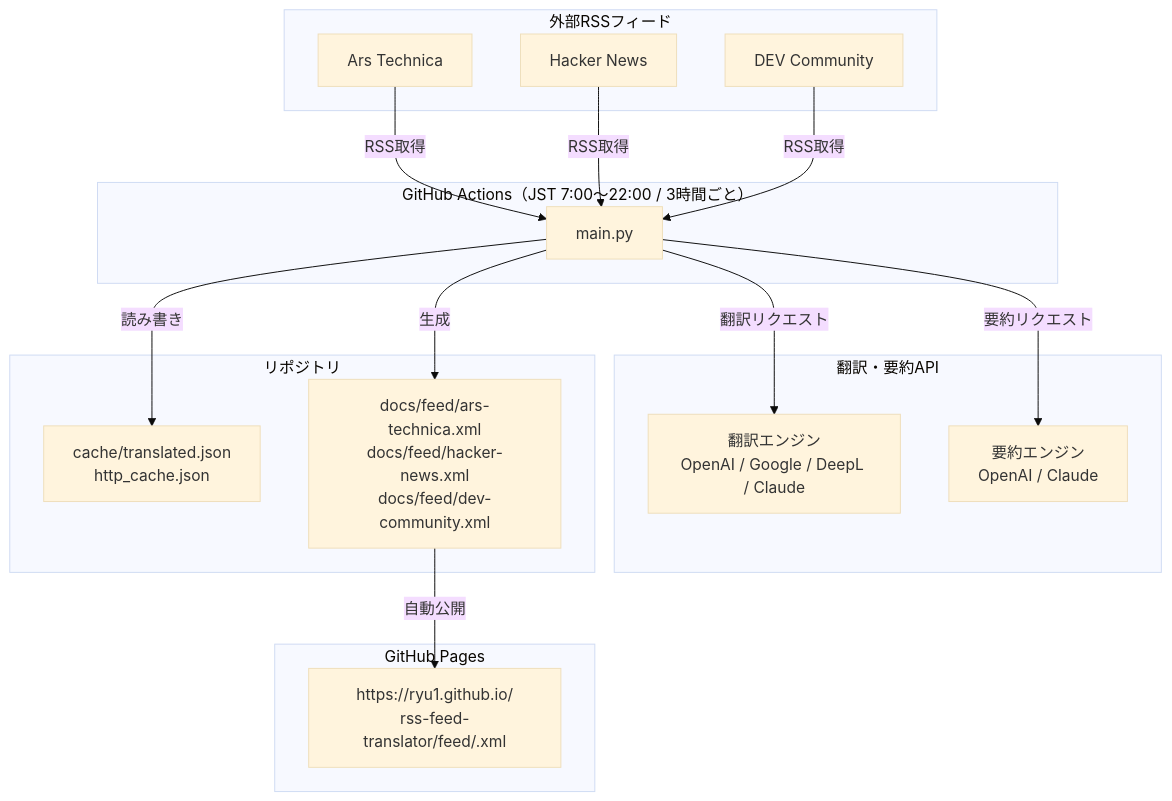
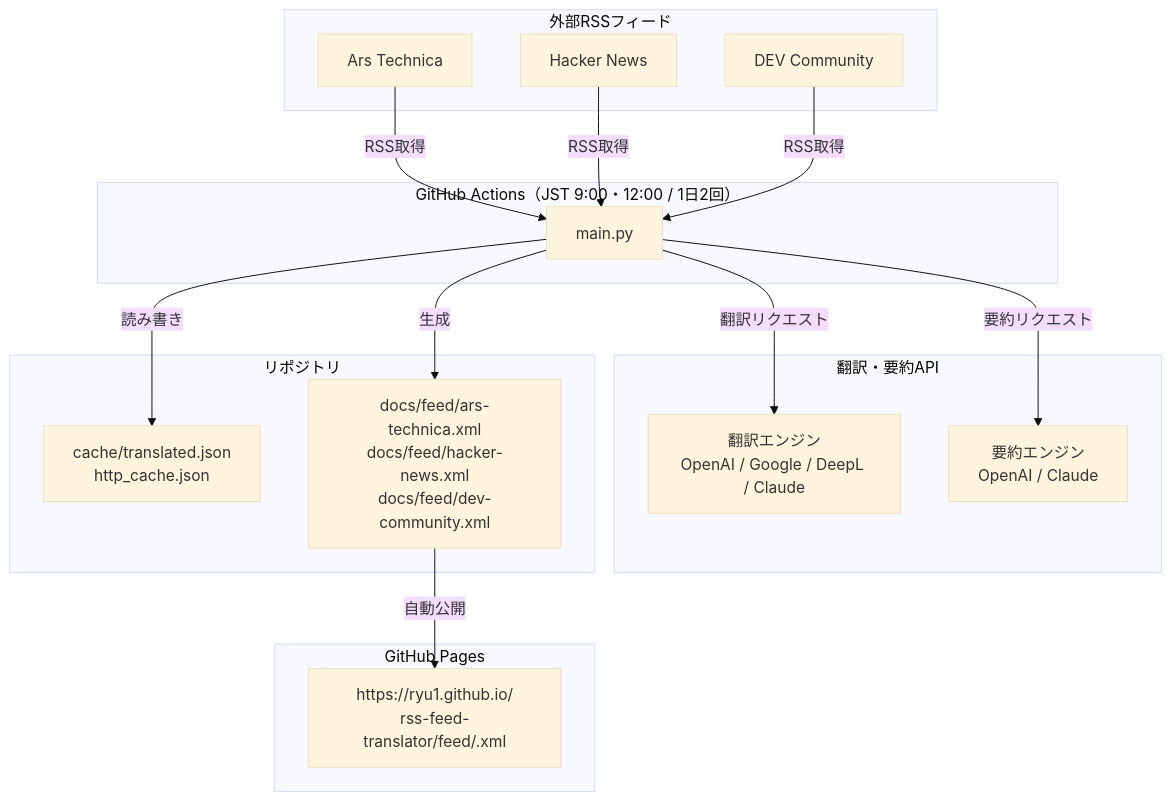
The first of 11 diagrams in docs/superpowers/specs/2026-06-29-rss-feed-translator-design.md (ryu1/rss-feed-translator), drawn with Mermaid (base theme) before and after one commit. The commit also changed other lines of this file, not shown here.

````diff
--- a/docs/superpowers/specs/2026-06-29-rss-feed-translator-design.md
+++ b/docs/superpowers/specs/2026-06-29-rss-feed-translator-design.md
@@ -43,35 +43,35 @@
 ```mermaid
 graph TD
-    subgraph "GitHub Actions（JST 7:00〜22:00 / 3時間ごと）"
+    subgraph "GitHub Actions（JST 9:00・12:00 / 1日2回）"
         MAIN["main.py"]
     end
 
     subgraph "外部RSSフィード"
         FEED1["Ars Technica"]
         FEED2["Hacker News"]
         FEED3["DEV Community"]
     end
 
     subgraph "翻訳・要約API"
         TRANS["翻訳エンジン\nOpenAI / Google / DeepL / Claude"]
         SUMM["要約エンジン\nOpenAI / Claude"]
     end
 
     subgraph "リポジトリ"
         CACHE["cache/translated.json\nhttp_cache.json"]
         RSS["docs/feed/ars-technica.xml\ndocs/feed/hacker-news.xml\ndocs/feed/dev-community.xml"]
     end
 
     subgraph "GitHub Pages"
         PUB["https://ryu1.github.io/\nrss-feed-translator/feed/<feed>.xml"]
     end
 
     FEED1 -->|RSS取得| MAIN
     FEED2 -->|RSS取得| MAIN
     FEED3 -->|RSS取得| MAIN
     MAIN -->|翻訳リクエスト| TRANS
     MAIN -->|要約リクエスト| SUMM
     MAIN -->|読み書き| CACHE
     MAIN -->|生成| RSS
     RSS -->|自動公開| PUB
 ```
````
